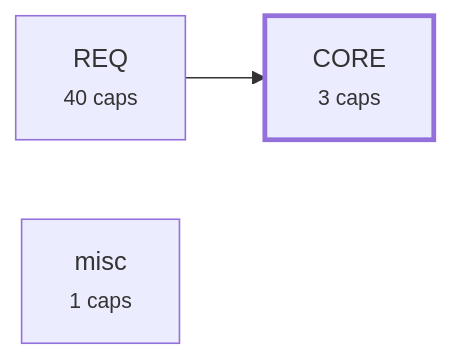
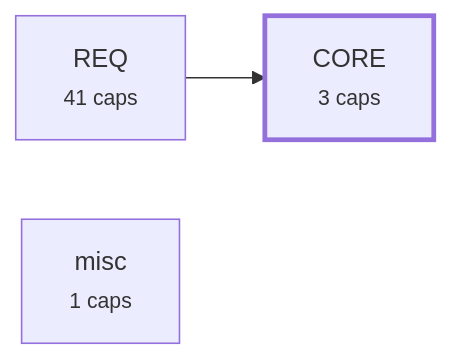
One commit to alxmax/Requirement-manager changed the third of 4 diagrams in plugin/requirements/_map.md. Above: the diagram before and after it, drawn with Mermaid. The commit also changed other lines of this file and 7 other files, not shown here.

````diff
--- a/plugin/requirements/_map.md
+++ b/plugin/requirements/_map.md
@@ -332,8 +337,8 @@
 ```mermaid
 graph LR
   a_CORE["CORE<br><small>3 caps</small>"]
-  a_REQ["REQ<br><small>40 caps</small>"]
+  a_REQ["REQ<br><small>41 caps</small>"]
   a_misc["misc<br><small>1 caps</small>"]
   a_REQ --> a_CORE
   style a_CORE stroke-width:3px
 ```
````
